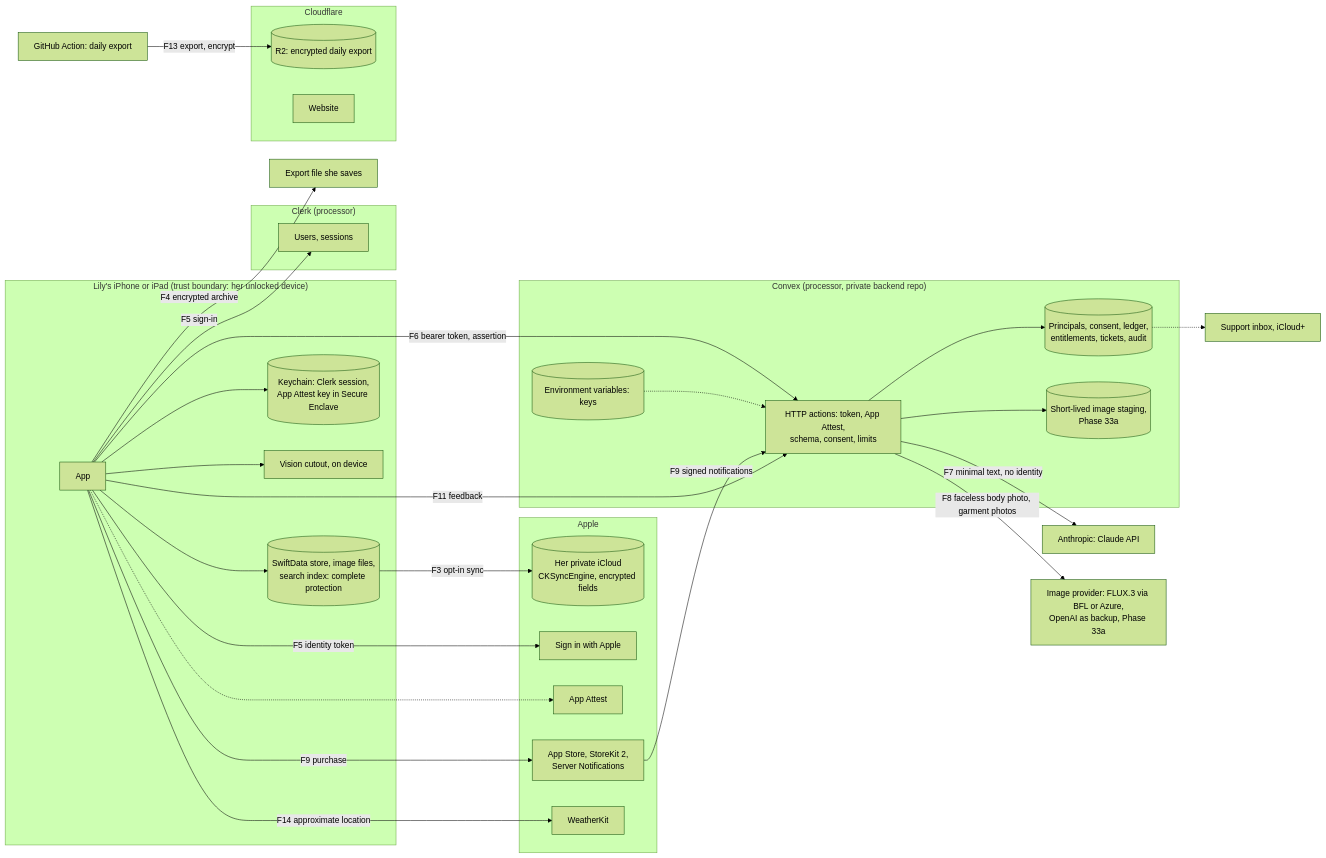
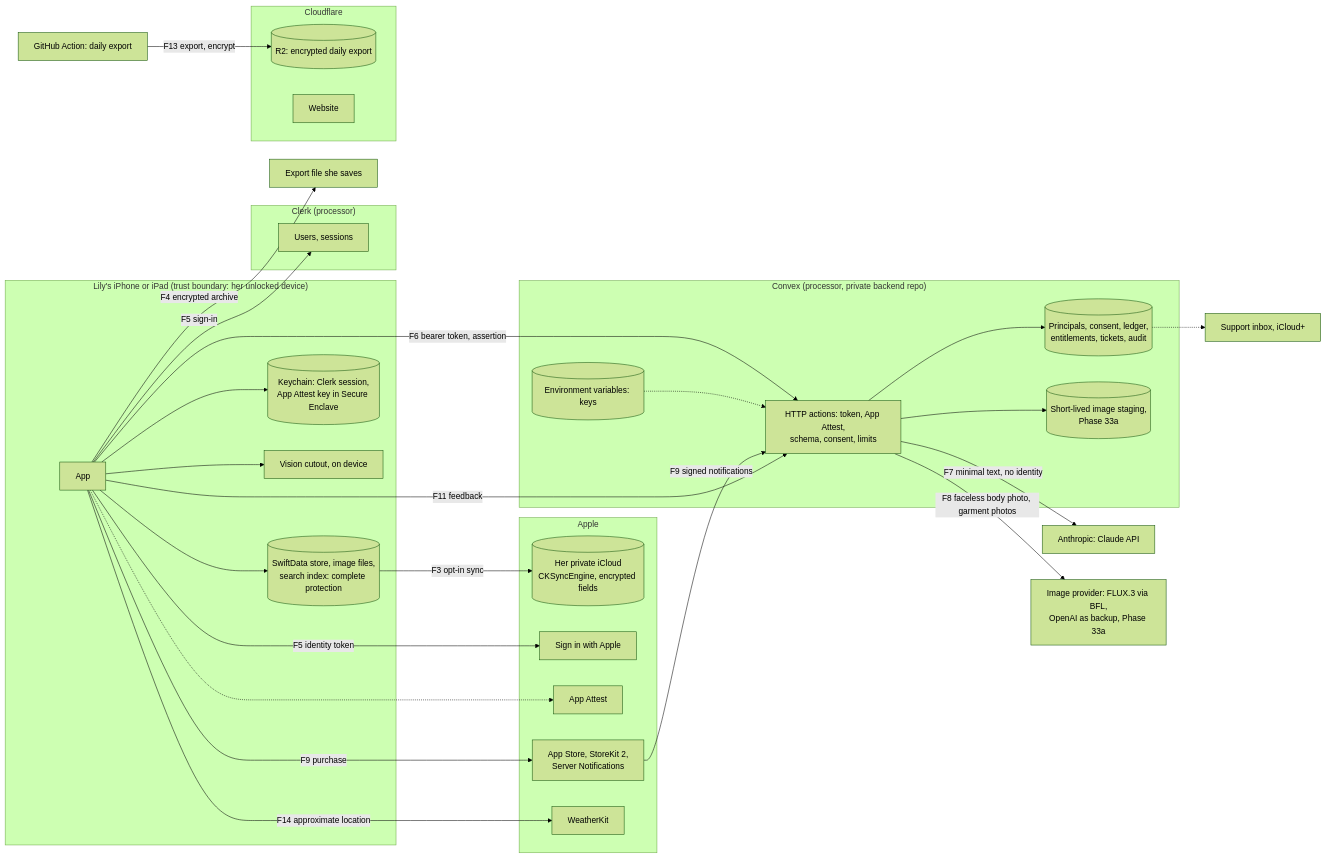
The diagram in THREAT_MODEL.md (jsayram/closet), drawn with Mermaid (forest theme) before and after one commit. The commit also changed other lines of this file and 4 other files, not shown here.

````diff
--- a/THREAT_MODEL.md
+++ b/THREAT_MODEL.md
@@ -125,55 +125,55 @@
 ```mermaid
 flowchart LR
     subgraph Device["Lily's iPhone or iPad (trust boundary: her unlocked device)"]
         App["App"]
         Store[("SwiftData store, image files,<br/>search index: complete protection")]
         KC[("Keychain: Clerk session,<br/>App Attest key in Secure Enclave")]
         Vision["Vision cutout, on device"]
     end
     subgraph Apple["Apple"]
         CK[("Her private iCloud<br/>CKSyncEngine, encrypted fields")]
         SIWA["Sign in with Apple"]
         AA["App Attest"]
         SK["App Store, StoreKit 2,<br/>Server Notifications"]
         WK["WeatherKit"]
     end
     subgraph ClerkB["Clerk (processor)"]
         Clerk["Users, sessions"]
     end
     subgraph ConvexB["Convex (processor, private backend repo)"]
         HTTP["HTTP actions: token, App Attest,<br/>schema, consent, limits"]
         DB[("Principals, consent, ledger,<br/>entitlements, tickets, audit")]
         Env[("Environment variables: keys")]
         Stage[("Short-lived image staging,<br/>Phase 33a")]
     end
     Anthropic["Anthropic: Claude API"]
-    WS["Image provider: FLUX.3 via BFL or Azure,<br/>OpenAI as backup, Phase 33a"]
+    WS["Image provider: FLUX.3 via BFL,<br/>OpenAI as backup, Phase 33a"]
     subgraph CF["Cloudflare"]
         R2[("R2: encrypted daily export")]
         Site["Website"]
     end
     GH["GitHub Action: daily export"]
     Mail["Support inbox, iCloud+"]
     Out["Export file she saves"]
 
     App --> Store
     App --> KC
     App --> Vision
     Store -- "F3 opt-in sync" --> CK
     App -- "F4 encrypted archive" --> Out
     App -- "F5 identity token" --> SIWA
     App -- "F5 sign-in" --> Clerk
     App -- "F6 bearer token, assertion" --> HTTP
     App -.-> AA
     HTTP --> DB
     Env -.-> HTTP
     HTTP -- "F7 minimal text, no identity" --> Anthropic
     HTTP -- "F8 faceless body photo, garment photos" --> WS
     HTTP --> Stage
     App -- "F9 purchase" --> SK
     SK -- "F9 signed notifications" --> HTTP
     App -- "F11 feedback" --> HTTP
     DB -.-> Mail
     GH -- "F13 export, encrypt" --> R2
     App -- "F14 approximate location" --> WK
 ```
````
